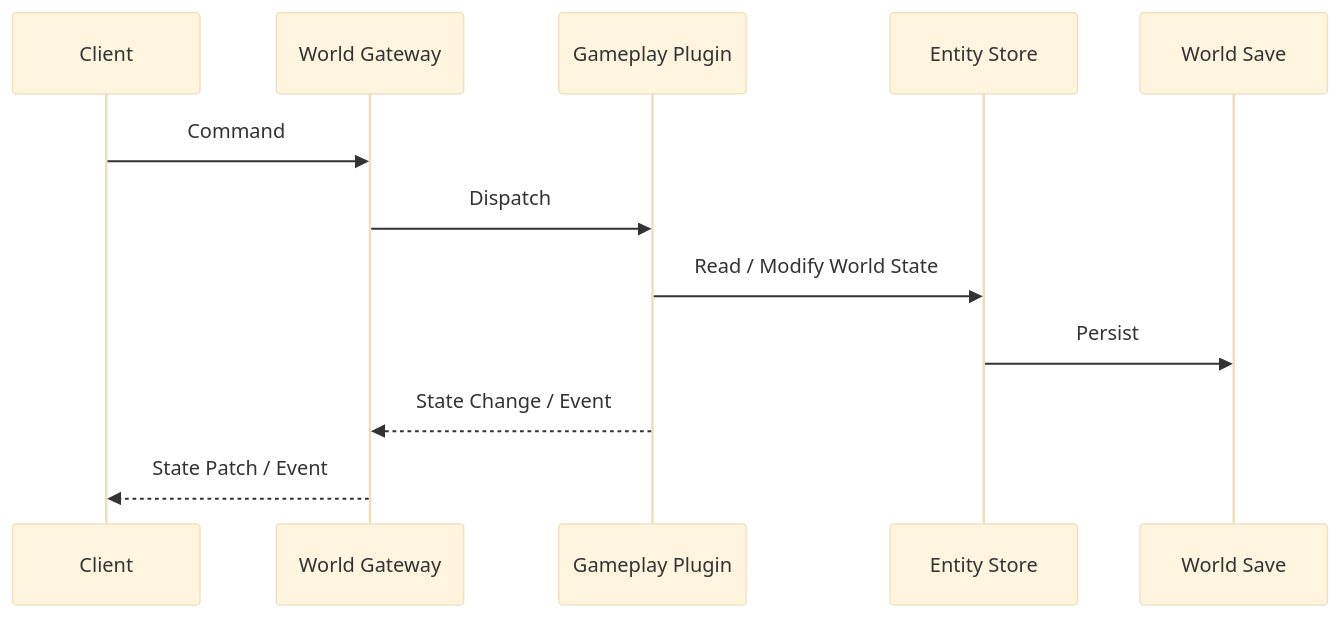
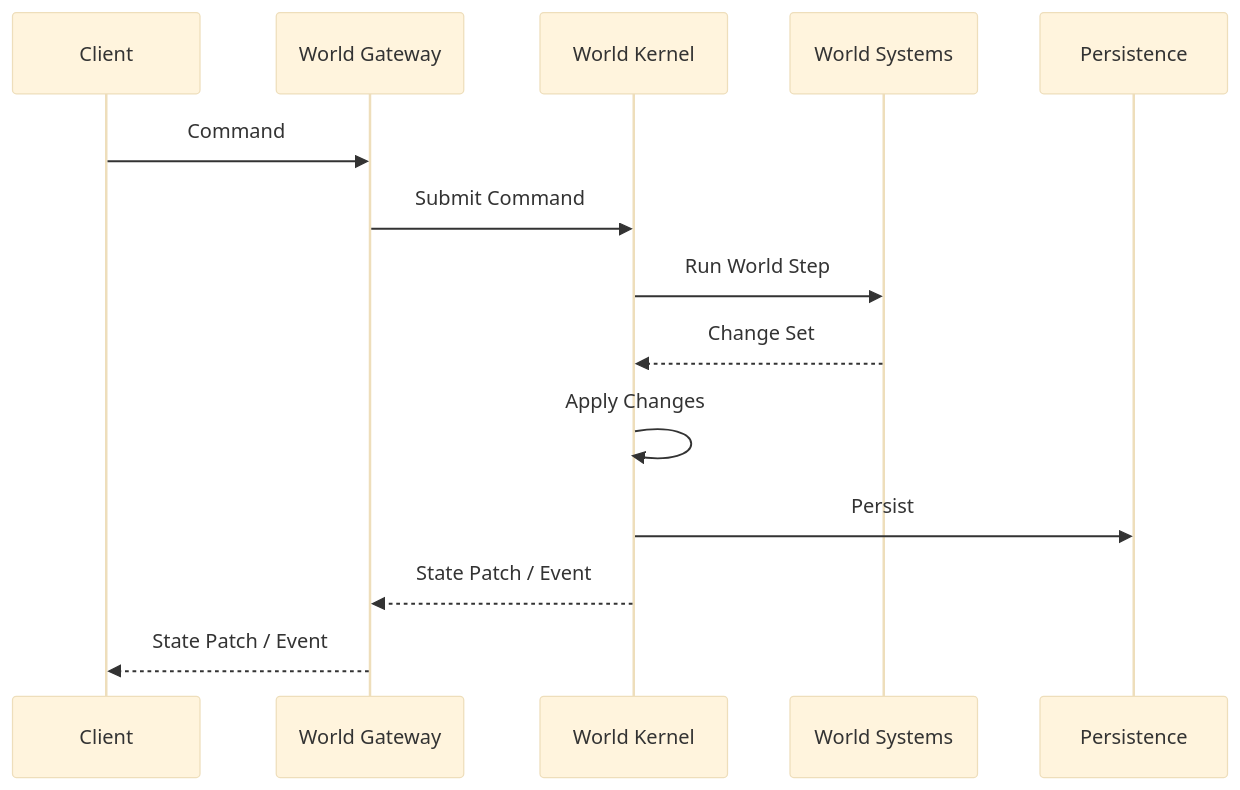
Before and after one commit to Ri0n72Y/idea-slime-bar: the diagram in architecture/world-protocol.md, drawn with Mermaid (base theme). The commit also changed other lines of this file, not shown here.

Commit message:
architecture: route protocol through world kernel

````diff
--- a/architecture/world-protocol.md
+++ b/architecture/world-protocol.md
@@ -16,15 +16,17 @@
 ```mermaid
 sequenceDiagram
     participant C as Client
     participant G as World Gateway
-    participant P as Gameplay Plugin
-    participant E as Entity Store
-    participant S as World Save
+    participant K as World Kernel
+    participant S as World Systems
+    participant P as Persistence
 
     C->>G: Command
-    G->>P: Dispatch
-    P->>E: Read / Modify World State
-    E->>S: Persist
-    P-->>G: State Change / Event
+    G->>K: Submit Command
+    K->>S: Run World Step
+    S-->>K: Change Set
+    K->>K: Apply Changes
+    K->>P: Persist
+    K-->>G: State Patch / Event
     G-->>C: State Patch / Event
 ```
````
